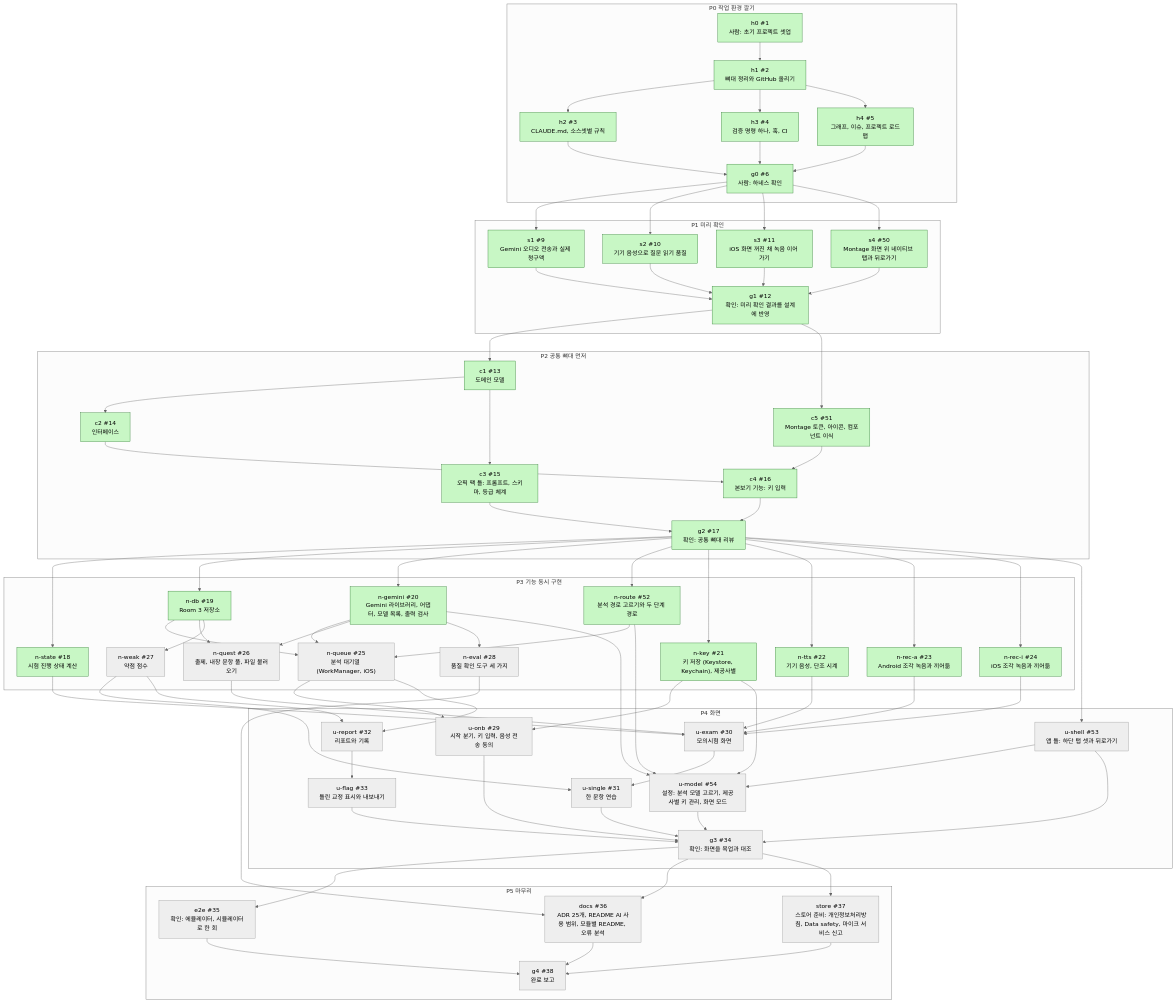
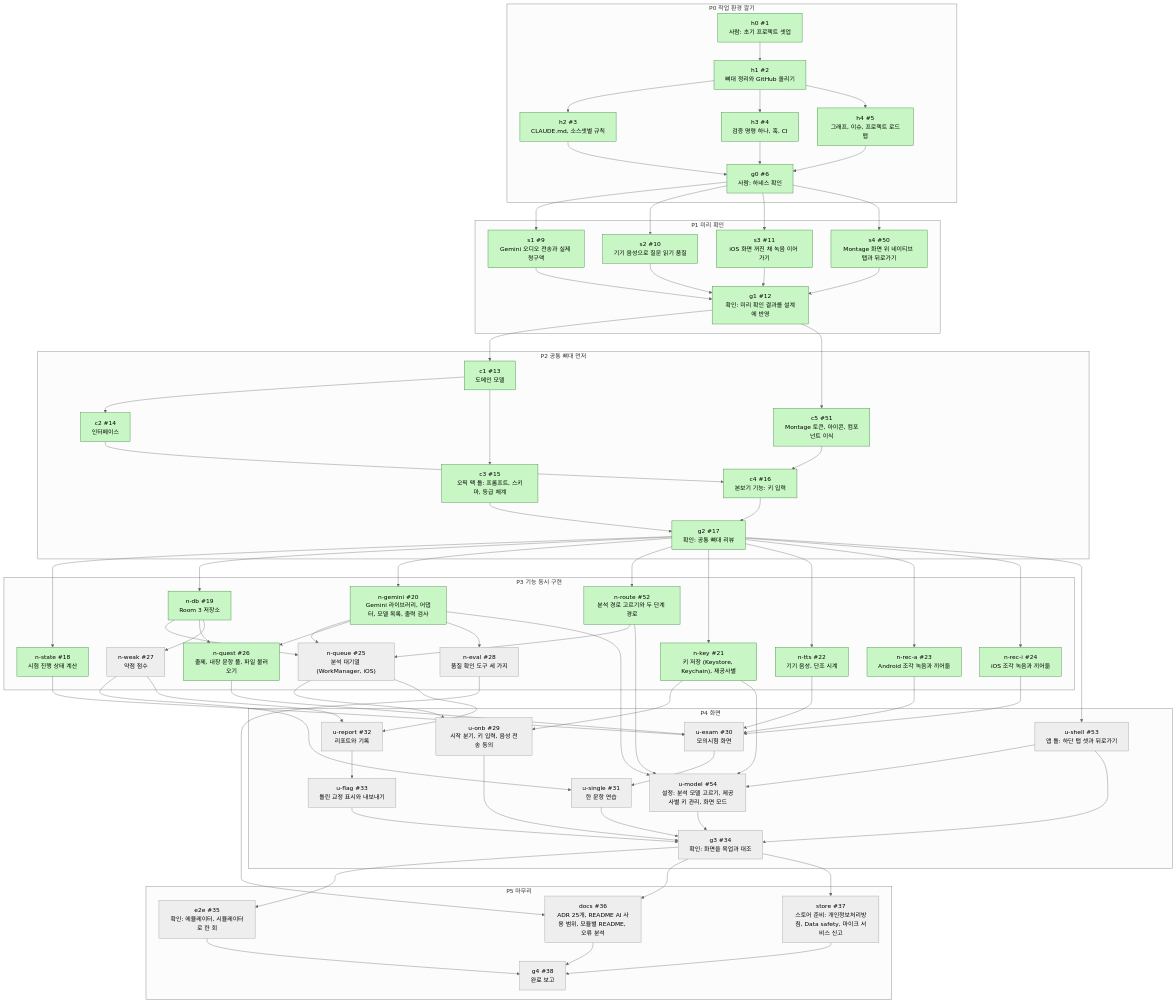
Before and after one commit to nosorae/AiOpicSelfStudy: the first of 2 diagrams in docs/graph/dev-graph.md, drawn with Mermaid (neutral theme). The commit also changed other lines of this file and 5 other files, not shown here.

````diff
--- a/docs/graph/dev-graph.md
+++ b/docs/graph/dev-graph.md
@@ -127,9 +127,9 @@
   docs --> g4
   store --> g4
   classDef todo fill:#eeeeee,stroke:#999999,color:#000
-  class n_queue,n_quest,n_weak,n_eval,u_onb,u_shell,u_exam,u_single,u_report,u_flag,u_model,g3,e2e,docs,store,g4 todo
+  class n_queue,n_weak,n_eval,u_onb,u_shell,u_exam,u_single,u_report,u_flag,u_model,g3,e2e,docs,store,g4 todo
   classDef doing fill:#fff3b0,stroke:#d4a017,color:#000
   classDef done fill:#c8f7c5,stroke:#2e7d32,color:#000
-  class h0,h1,h2,h3,h4,g0,s1,s2,s3,s4,g1,c1,c2,c3,c5,c4,g2,n_state,n_db,n_gemini,n_route,n_key,n_tts,n_rec_a,n_rec_i done
+  class h0,h1,h2,h3,h4,g0,s1,s2,s3,s4,g1,c1,c2,c3,c5,c4,g2,n_state,n_db,n_gemini,n_route,n_key,n_tts,n_rec_a,n_rec_i,n_quest done
   classDef blocked fill:#ffcdd2,stroke:#c62828,color:#000
 ```
````
